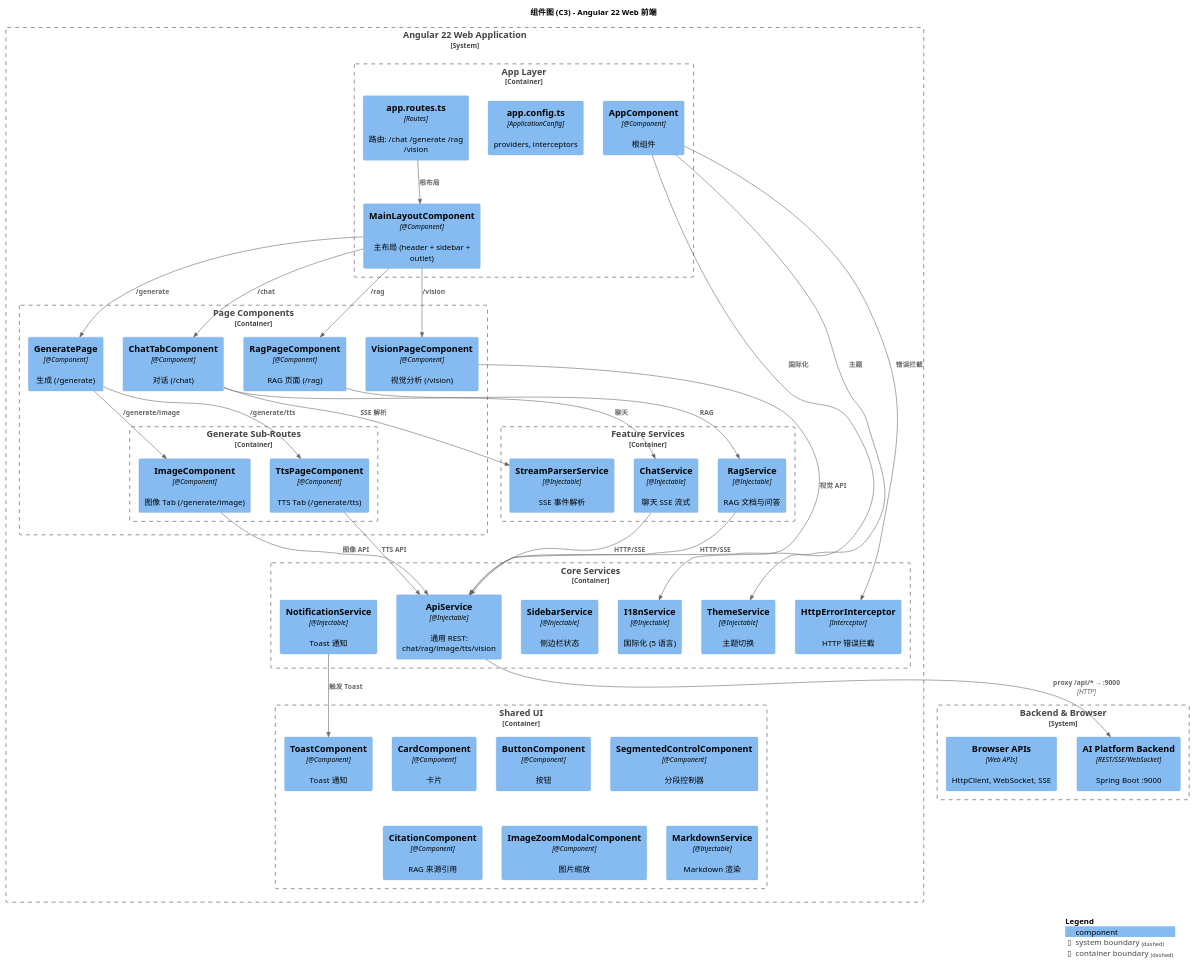
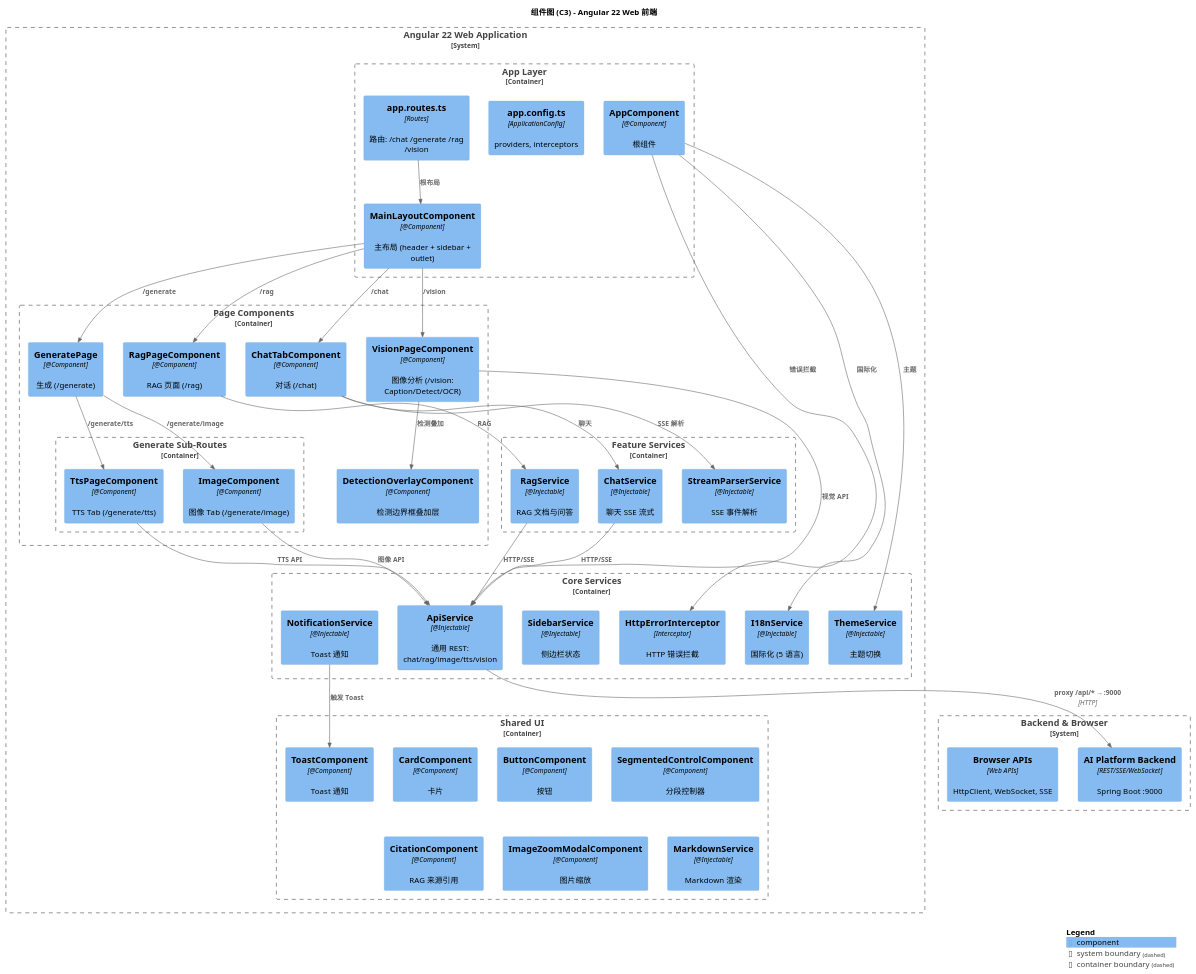
Before and after one commit to felixzhu97/explore-ai: the diagram in docs/c4/C3-Component-Frontend.puml, drawn with PlantUML. The commit also changed 11 other files, not shown here.

```diff
--- a/docs/c4/C3-Component-Frontend.puml
+++ b/docs/c4/C3-Component-Frontend.puml
@@ -1,107 +1,109 @@
 @startuml C3-Component-Frontend
 !include https://raw.githubusercontent.com/plantuml-stdlib/C4-PlantUML/master/C4_Component.puml
 
 LAYOUT_WITH_LEGEND()
 
 title 组件图 (C3) - Angular 22 Web 前端
 
 System_Boundary(frontend, "Angular 22 Web Application") {
 
     ' ============================================================
     ' APP LAYER
     ' ============================================================
     Container_Boundary(app_layer, "App Layer") {
         Component(app_root, "AppComponent", "@Component", "根组件")
         Component(main_layout, "MainLayoutComponent", "@Component", "主布局 (header + sidebar + outlet)")
         Component(app_cfg, "app.config.ts", "ApplicationConfig", "providers, interceptors")
         Component(app_routes, "app.routes.ts", "Routes", "路由: /chat /generate /rag /vision")
     }
 
     ' ============================================================
     ' PAGE COMPONENTS
     ' ============================================================
     Container_Boundary(pages, "Page Components") {
         Component(chat_tab, "ChatTabComponent", "@Component", "对话 (/chat)")
         Component(generate_page, "GeneratePage", "@Component", "生成 (/generate)")
         Container_Boundary(generate_tabs, "Generate Sub-Routes") {
             Component(tts_tab, "TtsPageComponent", "@Component", "TTS Tab (/generate/tts)")
             Component(img_tab, "ImageComponent", "@Component", "图像 Tab (/generate/image)")
         }
         Component(rag_page, "RagPageComponent", "@Component", "RAG 页面 (/rag)")
-        Component(vision_page, "VisionPageComponent", "@Component", "视觉分析 (/vision)")
+        Component(vision_page, "VisionPageComponent", "@Component", "图像分析 (/vision: Caption/Detect/OCR)")
+        Component(detect_overlay, "DetectionOverlayComponent", "@Component", "检测边界框叠加层")
     }
 
     ' ============================================================
     ' FEATURE SERVICES
     ' ============================================================
     Container_Boundary(feature_services, "Feature Services") {
         Component(chat_svc, "ChatService", "@Injectable", "聊天 SSE 流式")
         Component(rag_svc, "RagService", "@Injectable", "RAG 文档与问答")
         Component(stream_parser, "StreamParserService", "@Injectable", "SSE 事件解析")
     }
 
     ' ============================================================
     ' CORE SERVICES
     ' ============================================================
     Container_Boundary(core_services, "Core Services") {
         Component(api_svc, "ApiService", "@Injectable", "通用 REST: chat/rag/image/tts/vision")
         Component(notif_svc, "NotificationService", "@Injectable", "Toast 通知")
         Component(http_err_interceptor, "HttpErrorInterceptor", "Interceptor", "HTTP 错误拦截")
         Component(sidebar_svc, "SidebarService", "@Injectable", "侧边栏状态")
         Component(i18n_svc, "I18nService", "@Injectable", "国际化 (5 语言)")
         Component(theme_svc, "ThemeService", "@Injectable", "主题切换")
     }
 
     ' ============================================================
     ' SHARED UI
     ' ============================================================
     Container_Boundary(shared_layer, "Shared UI") {
         Component(ui_card, "CardComponent", "@Component", "卡片")
         Component(ui_button, "ButtonComponent", "@Component", "按钮")
         Component(ui_seg_ctrl, "SegmentedControlComponent", "@Component", "分段控制器")
         Component(citation_comp, "CitationComponent", "@Component", "RAG 来源引用")
         Component(toast_comp, "ToastComponent", "@Component", "Toast 通知")
         Component(img_zoom, "ImageZoomModalComponent", "@Component", "图片缩放")
         Component(markdown_svc, "MarkdownService", "@Injectable", "Markdown 渲染")
     }
 }
 
 ' ============================================================
 ' EXTERNAL
 ' ============================================================
 System_Boundary(external, "Backend & Browser") {
     Component(backend_api, "AI Platform Backend", "REST/SSE/WebSocket", "Spring Boot :9000")
     Component(browser_apis, "Browser APIs", "Web APIs", "HttpClient, WebSocket, SSE")
 }
 
 ' ============================================================
 ' ROUTES
 ' ============================================================
 Rel(app_routes, main_layout, "根布局")
 Rel(main_layout, chat_tab, "/chat")
 Rel(main_layout, generate_page, "/generate")
 Rel(main_layout, rag_page, "/rag")
 Rel(main_layout, vision_page, "/vision")
 Rel(generate_page, tts_tab, "/generate/tts")
 Rel(generate_page, img_tab, "/generate/image")
 
 ' ============================================================
 ' SERVICE RELATIONSHIPS
 ' ============================================================
 Rel(chat_tab, chat_svc, "聊天")
 Rel(chat_tab, stream_parser, "SSE 解析")
 Rel(rag_page, rag_svc, "RAG")
 Rel(tts_tab, api_svc, "TTS API")
 Rel(img_tab, api_svc, "图像 API")
 Rel(vision_page, api_svc, "视觉 API")
+Rel(vision_page, detect_overlay, "检测叠加")
 
 Rel(chat_svc, api_svc, "HTTP/SSE")
 Rel(rag_svc, api_svc, "HTTP/SSE")
 Rel(api_svc, backend_api, "proxy /api/* → :9000", "HTTP")
 Rel(notif_svc, toast_comp, "触发 Toast")
 Rel(app_root, theme_svc, "主题")
 Rel(app_root, i18n_svc, "国际化")
 Rel(app_root, http_err_interceptor, "错误拦截")
 
 SHOW_LEGEND()
 @enduml
```
